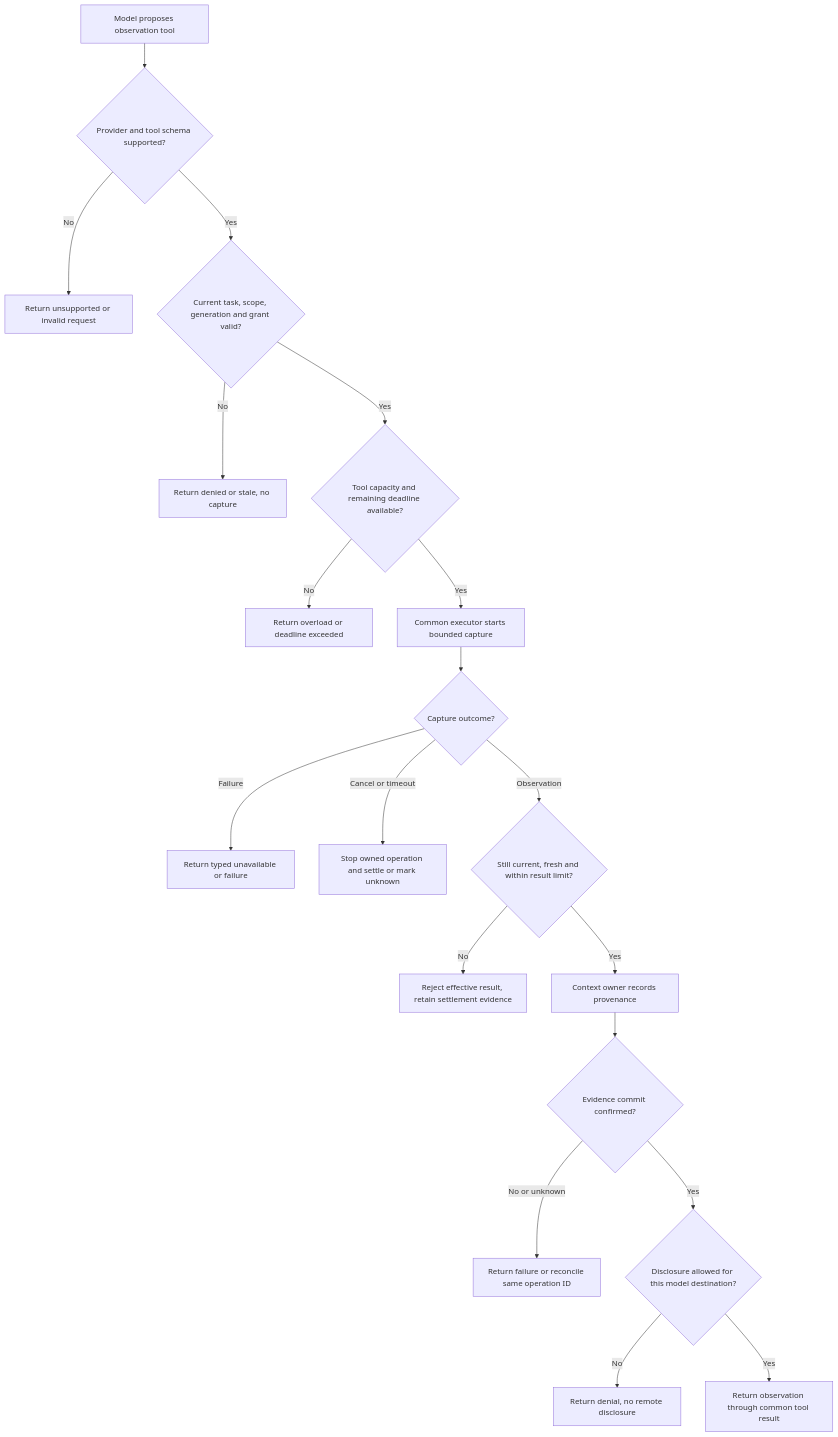
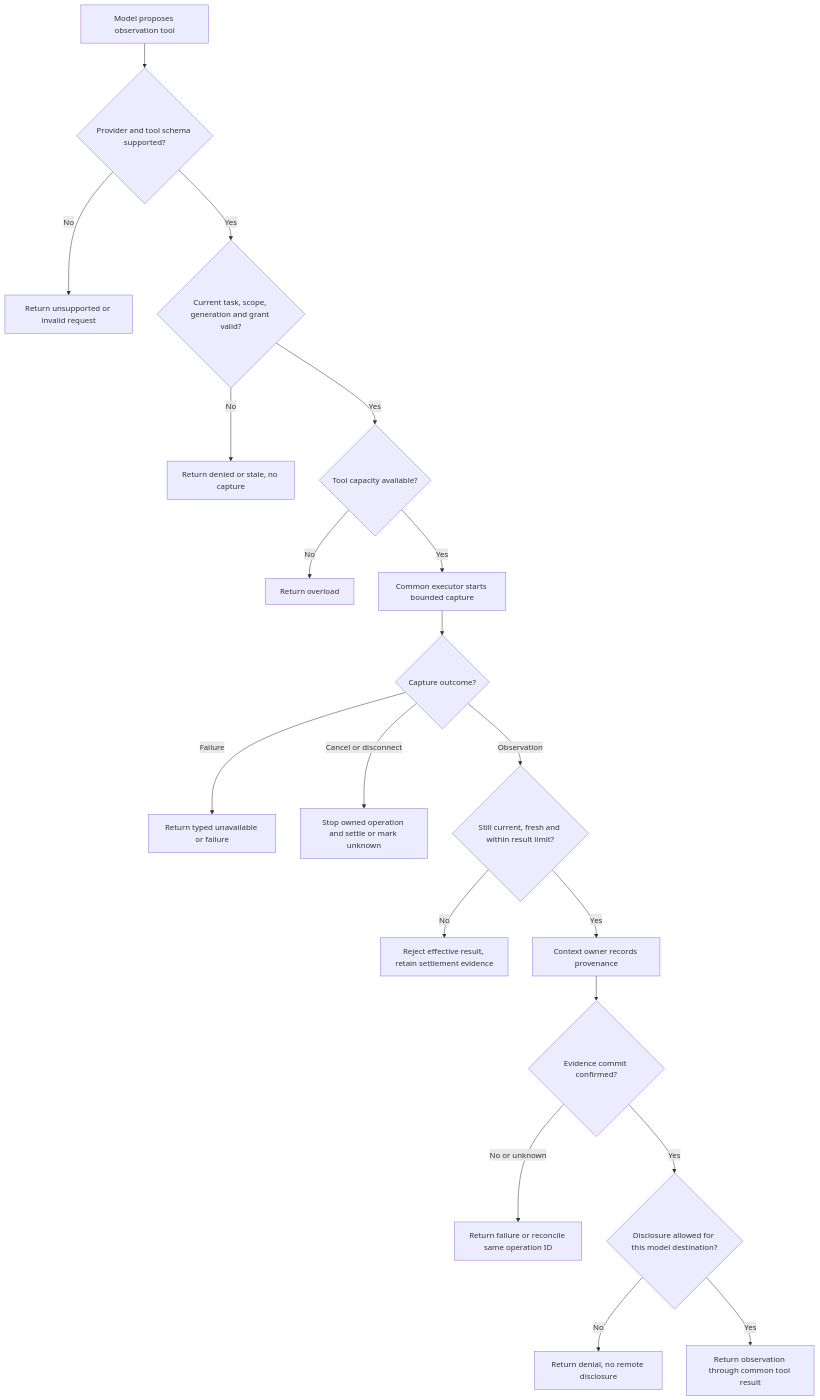
One commit to pidster/asura changed the fifth of 11 diagrams in docs/designs/sensors.md. Above: the diagram before and after it, drawn with Mermaid. The commit also changed other lines of this file and 39 other files, not shown here.

````diff
--- a/docs/designs/sensors.md
+++ b/docs/designs/sensors.md
@@ -242,21 +250,21 @@
 ```mermaid
 flowchart TD
     Call["Model proposes observation tool"] --> Support{"Provider and tool schema supported?"}
     Support -->|No| Unsupported["Return unsupported or invalid request"]
     Support -->|Yes| Grant{"Current task, scope, generation and grant valid?"}
     Grant -->|No| Deny["Return denied or stale, no capture"]
-    Grant -->|Yes| Limit{"Tool capacity and remaining deadline available?"}
-    Limit -->|No| Busy["Return overload or deadline exceeded"]
+    Grant -->|Yes| Limit{"Tool capacity available?"}
+    Limit -->|No| Busy["Return overload"]
     Limit -->|Yes| Capture["Common executor starts bounded capture"]
     Capture --> Outcome{"Capture outcome?"}
     Outcome -->|Failure| Failure["Return typed unavailable or failure"]
-    Outcome -->|Cancel or timeout| Stop["Stop owned operation and settle or mark unknown"]
+    Outcome -->|Cancel or disconnect| Stop["Stop owned operation and settle or mark unknown"]
     Outcome -->|Observation| Fence{"Still current, fresh and within result limit?"}
     Fence -->|No| Stale["Reject effective result, retain settlement evidence"]
     Fence -->|Yes| Context["Context owner records provenance"]
     Context --> Saved{"Evidence commit confirmed?"}
     Saved -->|No or unknown| Uncertain["Return failure or reconcile same operation ID"]
     Saved -->|Yes| Egress{"Disclosure allowed for this model destination?"}
     Egress -->|No| Redact["Return denial, no remote disclosure"]
     Egress -->|Yes| Return["Return observation through common tool result"]
 ```
````
